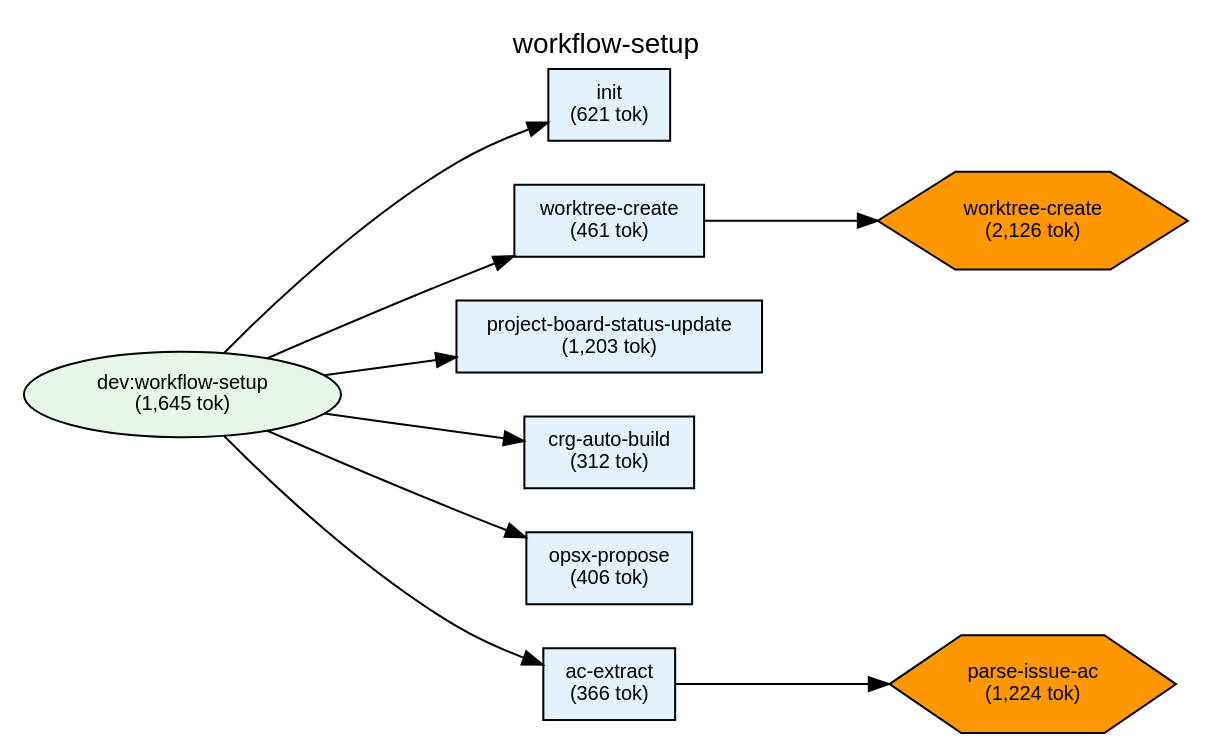
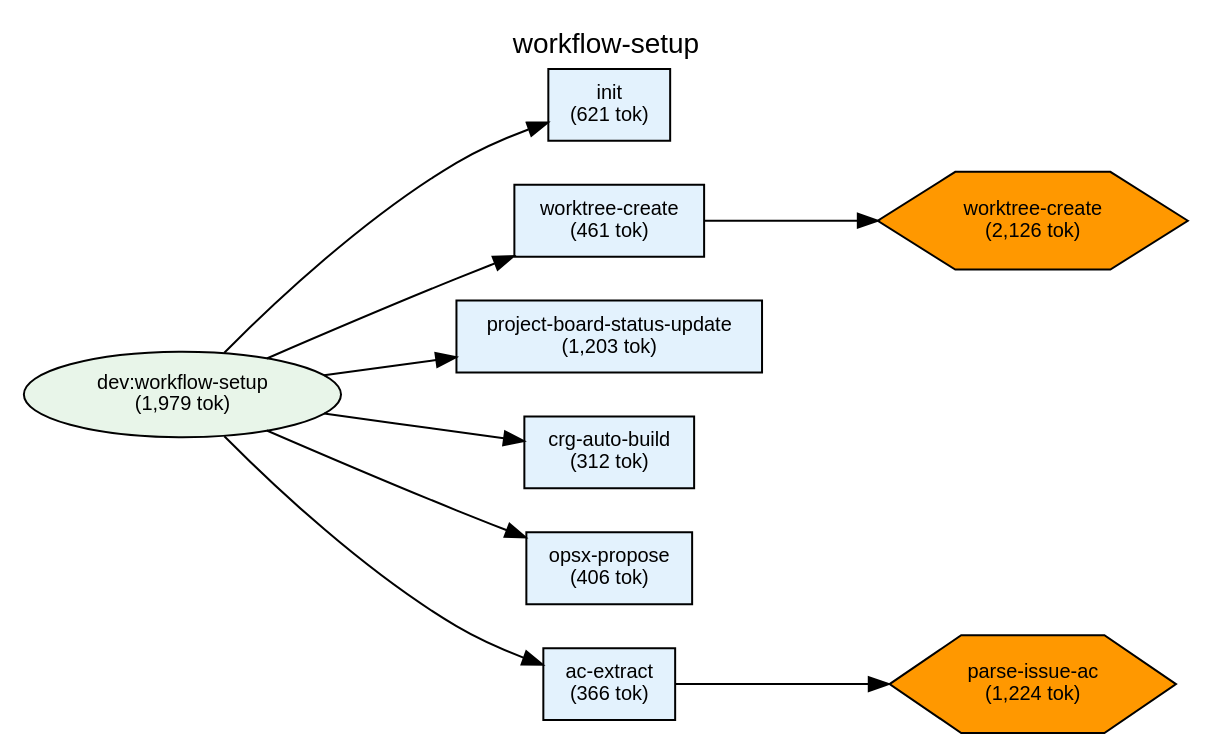
One commit to shuu5/twill changed the diagram in plugins/dev/docs/deps-workflow-setup.dot. Above: the diagram before and after it, drawn with Graphviz. The commit also changed 24 other files, not shown here.

First line of the commit message:
feat(arch): architecture drift 検出・更新トリガーを実装 (#160) (#183)

```diff
--- a/plugins/dev/docs/deps-workflow-setup.dot
+++ b/plugins/dev/docs/deps-workflow-setup.dot
@@ -1,62 +1,62 @@
 digraph Dependencies {
     // Graph settings
     rankdir=LR;
     ranksep=0.8;
     nodesep=0.3;
     fontname="Helvetica";
     node [fontname="Helvetica", fontsize=10];
     edge [fontname="Helvetica", fontsize=9];
     label="workflow-setup";
     labelloc=t;
     fontsize=14;
 
     // L0: Controller Skills
 
     // L0: Launchers
 
     // L0.5: Workflow Skills
-    skill_workflow_setup [label="dev:workflow-setup\n(1,645 tok)", shape=ellipse, style=filled, fillcolor="#e8f5e9"];
+    skill_workflow_setup [label="dev:workflow-setup\n(1,979 tok)", shape=ellipse, style=filled, fillcolor="#e8f5e9"];
 
     // Reference Skills
 
     // L1: Direct Commands
     cmd_init [label="init\n(621 tok)", shape=box, style=filled, fillcolor="#e3f2fd"];
     cmd_worktree_create [label="worktree-create\n(461 tok)", shape=box, style=filled, fillcolor="#e3f2fd"];
     cmd_project_board_status_update [label="project-board-status-update\n(1,203 tok)", shape=box, style=filled, fillcolor="#e3f2fd"];
     cmd_crg_auto_build [label="crg-auto-build\n(312 tok)", shape=box, style=filled, fillcolor="#e3f2fd"];
     cmd_opsx_propose [label="opsx-propose\n(406 tok)", shape=box, style=filled, fillcolor="#e3f2fd"];
     cmd_ac_extract [label="ac-extract\n(366 tok)", shape=box, style=filled, fillcolor="#e3f2fd"];
 
     // L2: Sub Commands
 
     // L3: Agents
 
     // L3.5: Scripts
     script_worktree_create [label="worktree-create\n(2,126 tok)", shape=hexagon, style=filled, fillcolor="#FF9800"];
     script_parse_issue_ac [label="parse-issue-ac\n(1,224 tok)", shape=hexagon, style=filled, fillcolor="#FF9800"];
 
     // L4: External
 
     // Layer constraints
     { rank=same; skill_workflow_setup; }
     { rank=same; cmd_init; cmd_worktree_create; cmd_project_board_status_update; cmd_crg_auto_build; cmd_opsx_propose; cmd_ac_extract; }
     { rank=same; script_worktree_create; script_parse_issue_ac; }
 
     // Edges
     skill_workflow_setup -> cmd_init;
     skill_workflow_setup -> cmd_worktree_create;
     skill_workflow_setup -> cmd_project_board_status_update;
     skill_workflow_setup -> cmd_crg_auto_build;
     skill_workflow_setup -> cmd_opsx_propose;
     skill_workflow_setup -> cmd_ac_extract;
     cmd_worktree_create -> script_worktree_create;
     cmd_ac_extract -> script_parse_issue_ac;
 
     // Ordering constraints (invisible edges)
     cmd_init -> cmd_worktree_create [style=invis, weight=10];
     cmd_worktree_create -> cmd_project_board_status_update [style=invis, weight=10];
     cmd_project_board_status_update -> cmd_crg_auto_build [style=invis, weight=10];
     cmd_crg_auto_build -> cmd_opsx_propose [style=invis, weight=10];
     cmd_opsx_propose -> cmd_ac_extract [style=invis, weight=10];
 
 }
```
